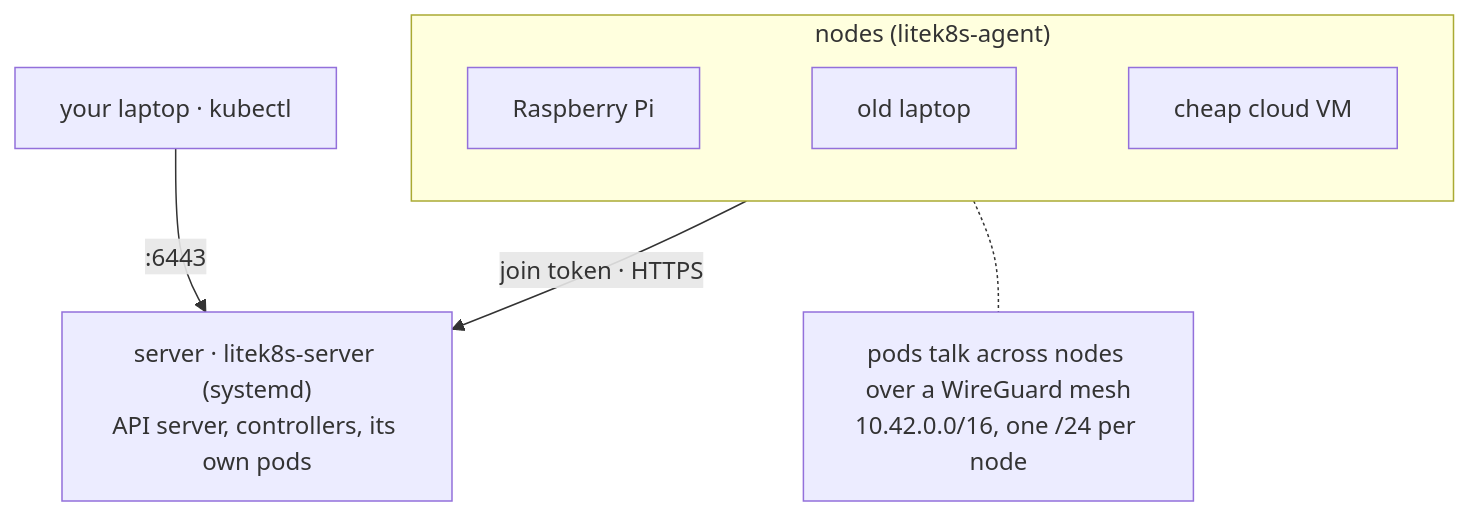
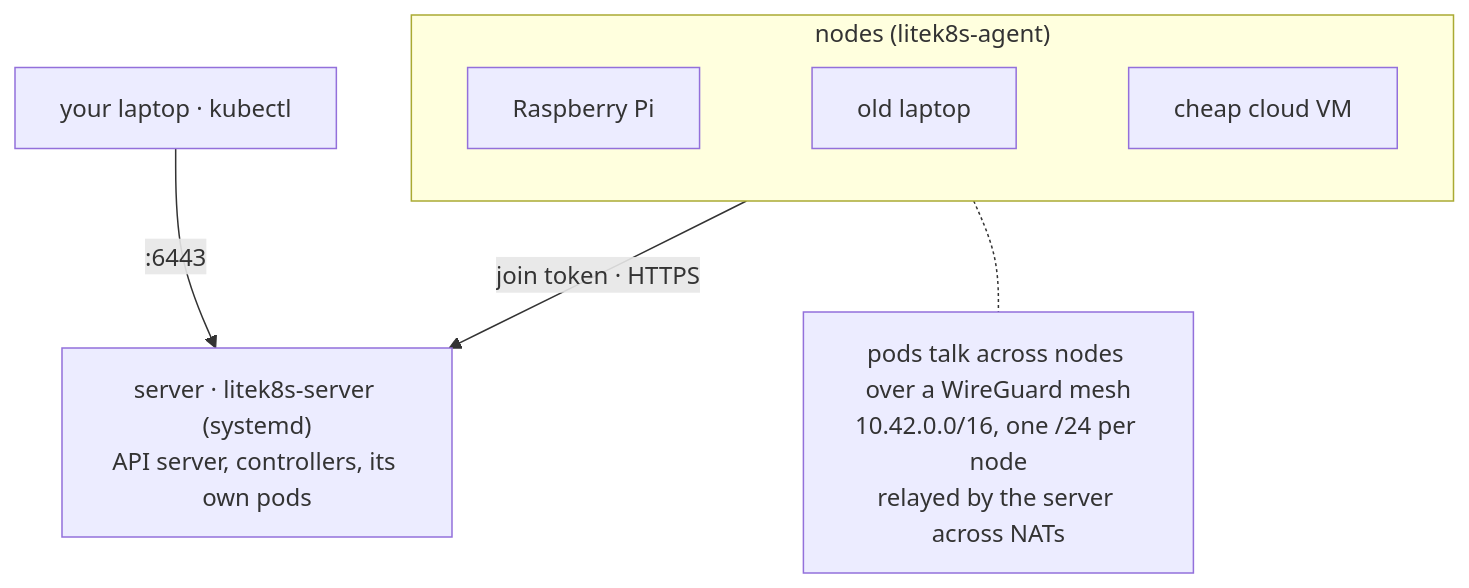
The third of 4 diagrams in README.md (jairoFernandez/litek8s), drawn with Mermaid before and after one commit. The commit also changed other lines of this file and 20 other files, not shown here.

````diff
--- a/README.md
+++ b/README.md
@@ -201,12 +201,12 @@
 ```mermaid
 flowchart TB
     laptop["your laptop · kubectl"] -->|":6443"| s
     s["server · litek8s-server (systemd)<br/>API server, controllers, its own pods"]
     subgraph nodes["nodes (litek8s-agent)"]
         direction LR
         pi["Raspberry Pi"] ~~~ old["old laptop"] ~~~ ec2["cheap cloud VM"]
     end
     nodes -->|"join token · HTTPS"| s
-    wg["pods talk across nodes over a WireGuard mesh<br/>10.42.0.0/16, one /24 per node"]
+    wg["pods talk across nodes over a WireGuard mesh<br/>10.42.0.0/16, one /24 per node<br/>relayed by the server across NATs"]
     nodes -.- wg
 ```
````
